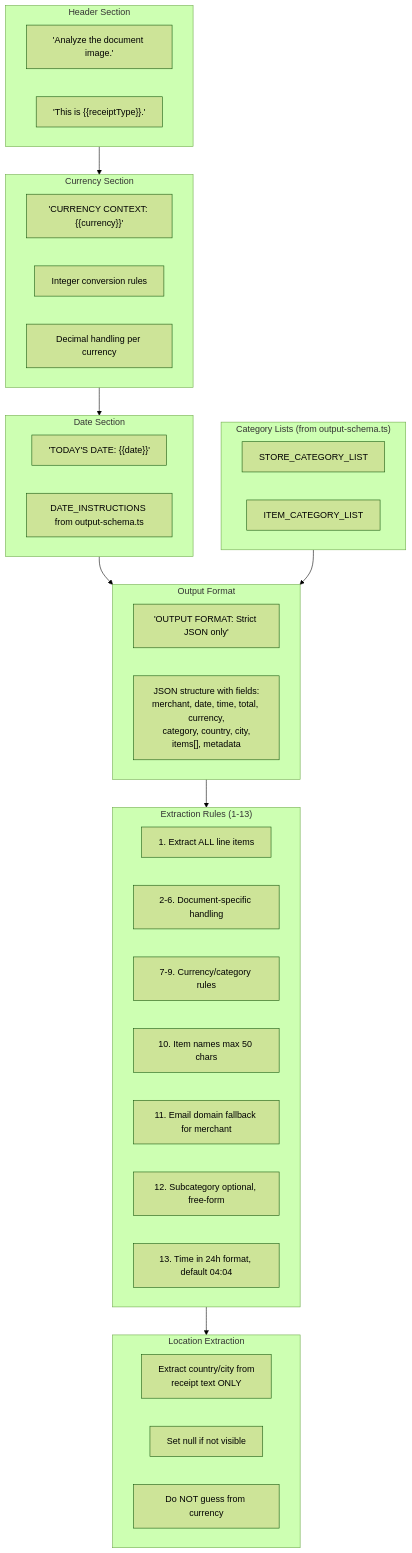
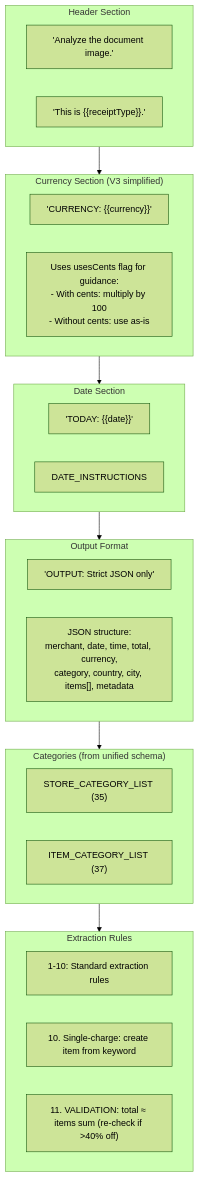
One commit to Brownbull/gmni_boletapp changed the eighth of 8 diagrams in prompt-testing/ARCHITECTURE.md. Above: the diagram before and after it, drawn with Mermaid (forest theme). The commit also changed other lines of this file and 200 other files, not shown here.

````diff
--- a/prompt-testing/ARCHITECTURE.md
+++ b/prompt-testing/ARCHITECTURE.md
@@ -207,48 +264,35 @@
 ```mermaid
 flowchart TB
     subgraph Header["Header Section"]
         H1["'Analyze the document image.'"]
         H2["'This is {{receiptType}}.'"]
     end
 
-    subgraph Currency["Currency Section"]
-        C1["'CURRENCY CONTEXT: {{currency}}'"]
-        C2["Integer conversion rules"]
-        C3["Decimal handling per currency"]
+    subgraph Currency["Currency Section (V3 simplified)"]
+        C1["'CURRENCY: {{currency}}'"]
+        C2["Uses usesCents flag for guidance:<br/>- With cents: multiply by 100<br/>- Without cents: use as-is"]
     end
 
     subgraph Date["Date Section"]
-        D1["'TODAY'S DATE: {{date}}'"]
-        D2["DATE_INSTRUCTIONS from output-schema.ts"]
+        D1["'TODAY: {{date}}'"]
+        D2["DATE_INSTRUCTIONS"]
     end
 
     subgraph Format["Output Format"]
-        F1["'OUTPUT FORMAT: Strict JSON only'"]
-        F2["JSON structure with fields:<br/>merchant, date, time, total, currency,<br/>category, country, city,<br/>items[], metadata"]
+        F1["'OUTPUT: Strict JSON only'"]
+        F2["JSON structure:<br/>merchant, date, time, total, currency,<br/>category, country, city, items[], metadata"]
     end
 
-    subgraph Rules["Extraction Rules (1-13)"]
-        R1["1. Extract ALL line items"]
-        R2["2-6. Document-specific handling"]
-        R7["7-9. Currency/category rules"]
-        R10["10. Item names max 50 chars"]
-        R11["11. Email domain fallback for merchant"]
-        R12["12. Subcategory optional, free-form"]
-        R13["13. Time in 24h format, default 04:04"]
+    subgraph Categories["Categories (from unified schema)"]
+        SC["STORE_CATEGORY_LIST (35)"]
+        IC["ITEM_CATEGORY_LIST (37)"]
     end
 
-    subgraph Location["Location Extraction"]
-        L1["Extract country/city from<br/>receipt text ONLY"]
-        L2["Set null if not visible"]
-        L3["Do NOT guess from currency"]
+    subgraph Rules["Extraction Rules"]
+        R1["1-10: Standard extraction rules"]
+        R10["10. Single-charge: create item from keyword"]
+        R11["11. VALIDATION: total ≈ items sum (re-check if >40% off)"]
     end
 
-    Header --> Currency --> Date --> Format --> Rules --> Location
-
-    subgraph Categories["Category Lists (from output-schema.ts)"]
-        SC["STORE_CATEGORY_LIST"]
-        IC["ITEM_CATEGORY_LIST"]
-    end
-
-    Categories --> Format
+    Header --> Currency --> Date --> Format --> Categories --> Rules
 ```
````
